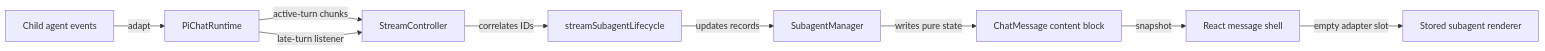
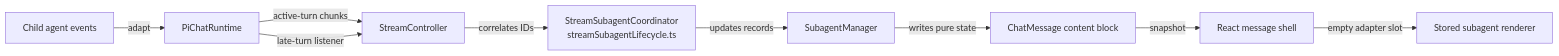
The second of 2 diagrams in docs/06-subagents-streaming-and-rendering.md (shuuul/obsidian-pivi), drawn with Mermaid before and after one commit. The commit also changed other lines of this file and 13 other files, not shown here.

````diff
--- a/docs/06-subagents-streaming-and-rendering.md
+++ b/docs/06-subagents-streaming-and-rendering.md
@@ -59,11 +65,11 @@
 ```mermaid
 flowchart LR
   Child["Child agent events"] -- "adapt" --> Runtime["PiChatRuntime"]
   Runtime -- "active-turn chunks" --> Stream["StreamController"]
   Runtime -- "late-turn listener" --> Stream
-  Stream -- "correlates IDs" --> Lifecycle["streamSubagentLifecycle"]
+  Stream -- "correlates IDs" --> Lifecycle["StreamSubagentCoordinator<br/>streamSubagentLifecycle.ts"]
   Lifecycle -- "updates records" --> Manager["SubagentManager"]
   Manager -- "writes pure state" --> Message["ChatMessage content block"]
   Message -- "snapshot" --> React["React message shell"]
   React -- "empty adapter slot" --> Adapter["Stored subagent renderer"]
 ```
````
